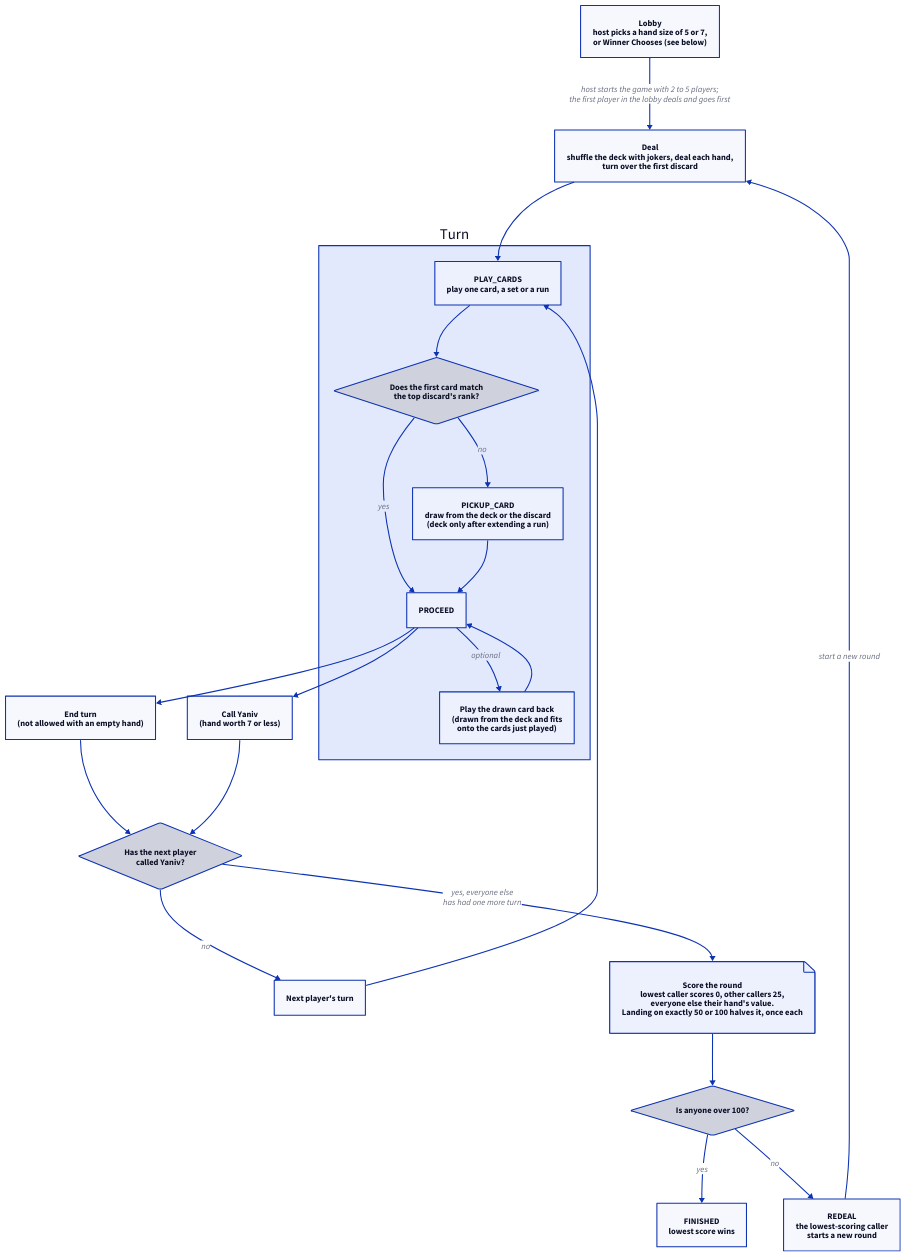
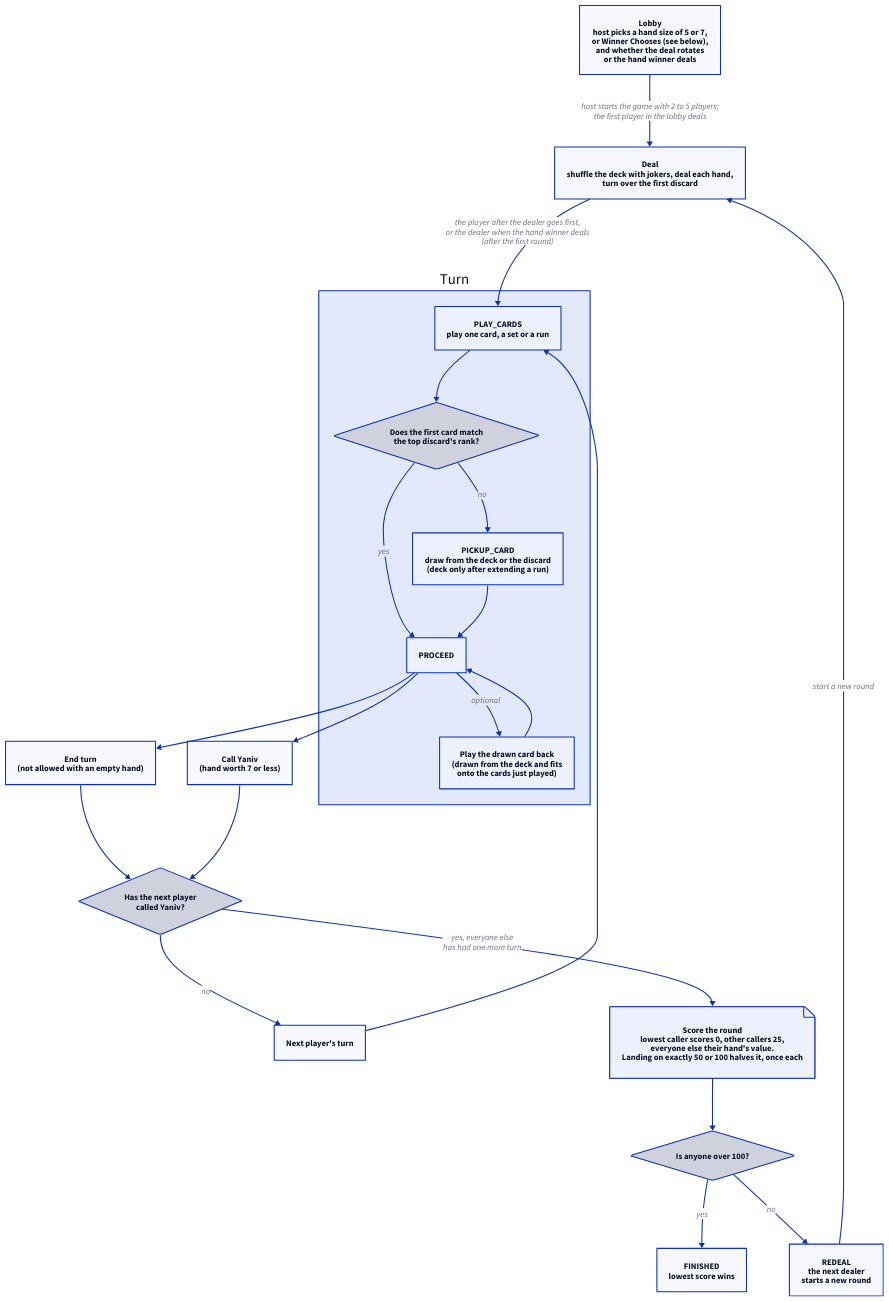
Before and after one commit to alastair-smith/card-games: the diagram in apps/docs/diagrams/flows/yaniv-game.d2, drawn with D2. The commit also changed 29 other files, not shown here.

First line of the commit message:
🚀 Let the host choose who deals each Yaniv round (#415)

```diff
--- a/apps/docs/diagrams/flows/yaniv-game.d2
+++ b/apps/docs/diagrams/flows/yaniv-game.d2
@@ -1,47 +1,47 @@
 direction: down
 
-lobby: "Lobby\nhost picks a hand size of 5 or 7,\nor Winner Chooses (see below)"
+lobby: "Lobby\nhost picks a hand size of 5 or 7,\nor Winner Chooses (see below),\nand whether the deal rotates\nor the hand winner deals"
 deal: "Deal\nshuffle the deck with jokers, deal each hand,\nturn over the first discard"
 
 turn: "Turn" {
   play: "PLAY_CARDS\nplay one card, a set or a run"
   matches: "Does the first card match\nthe top discard's rank?" {shape: diamond}
   pickup: "PICKUP_CARD\ndraw from the deck or the discard\n(deck only after extending a run)"
   proceed: "PROCEED"
   play-back: "Play the drawn card back\n(drawn from the deck and fits\nonto the cards just played)"
 
   play -> matches
   matches -> pickup: no
   matches -> proceed: yes
   pickup -> proceed
   proceed -> play-back: optional
   play-back -> proceed
 }
 
 end-turn: "End turn\n(not allowed with an empty hand)"
 call-yaniv: "Call Yaniv\n(hand worth 7 or less)"
 next-called: "Has the next player\ncalled Yaniv?" {shape: diamond}
 next-player: Next player's turn
 
 score: "Score the round\nlowest caller scores 0, other callers 25,\neveryone else their hand's value.\nLanding on exactly 50 or 100 halves it, once each" {
   shape: page
 }
 over: "Is anyone over 100?" {shape: diamond}
-redeal: "REDEAL\nthe lowest-scoring caller\nstarts a new round"
+redeal: "REDEAL\nthe next dealer\nstarts a new round"
 finished: "FINISHED\nlowest score wins"
 
-lobby -> deal: "host starts the game with 2 to 5 players;\nthe first player in the lobby deals and goes first"
-deal -> turn.play
+lobby -> deal: "host starts the game with 2 to 5 players;\nthe first player in the lobby deals"
+deal -> turn.play: "the player after the dealer goes first,\nor the dealer when the hand winner deals\n(after the first round)"
 
 turn.proceed -> end-turn
 turn.proceed -> call-yaniv
 end-turn -> next-called
 call-yaniv -> next-called
 next-called -> next-player: no
 next-player -> turn.play
 next-called -> score: "yes, everyone else\nhas had one more turn"
 
 score -> over
 over -> finished: yes
 over -> redeal: no
 redeal -> deal: start a new round
```
